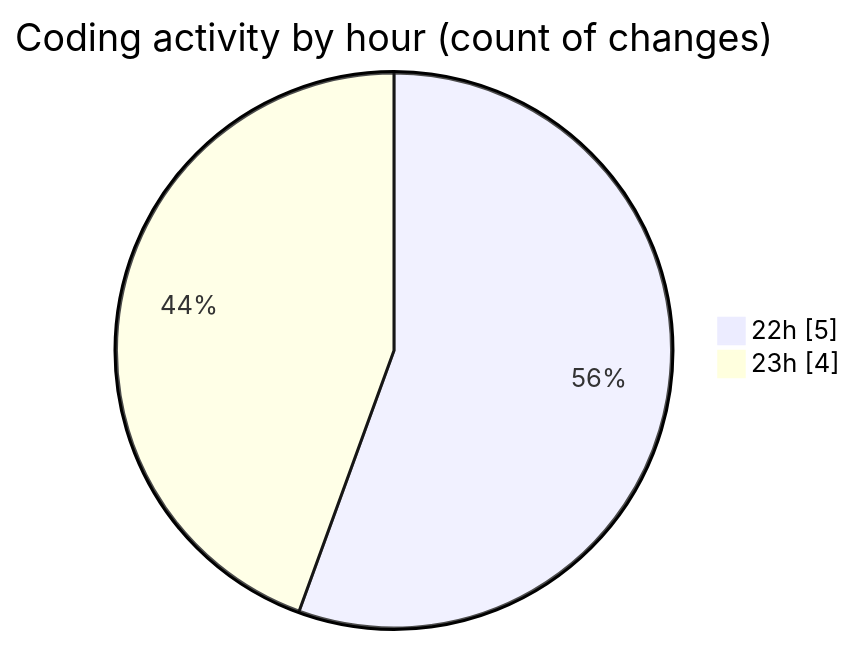
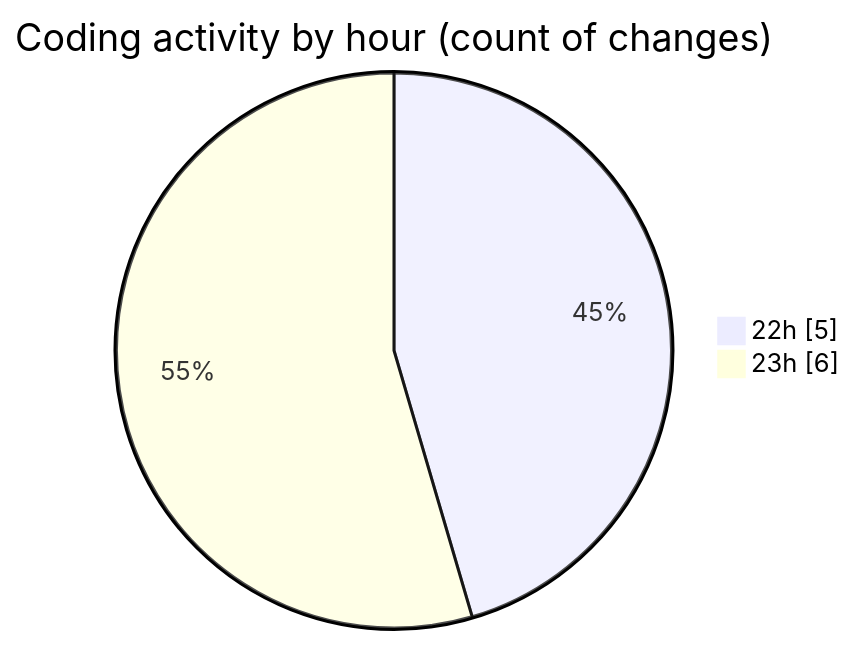
One commit to donsfak/code-tracking changed the second of 2 diagrams in 2025-03-10/portofolio/README.md. Above: the diagram before and after it, drawn with Mermaid. The commit also changed other lines of this file and 1 other file, not shown here.

````diff
--- a/2025-03-10/portofolio/README.md
+++ b/2025-03-10/portofolio/README.md
@@ -28,6 +28,6 @@
 ```mermaid
 pie showData
 title Coding activity by hour (count of changes)
 "22h" : 5
-"23h" : 4
+"23h" : 6
 ```
````
